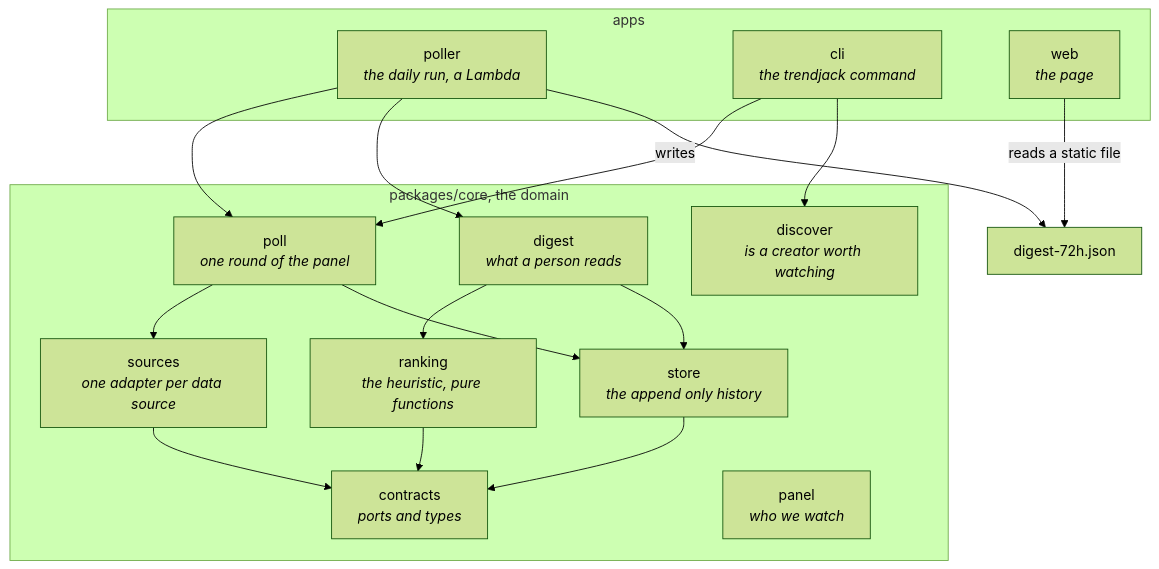
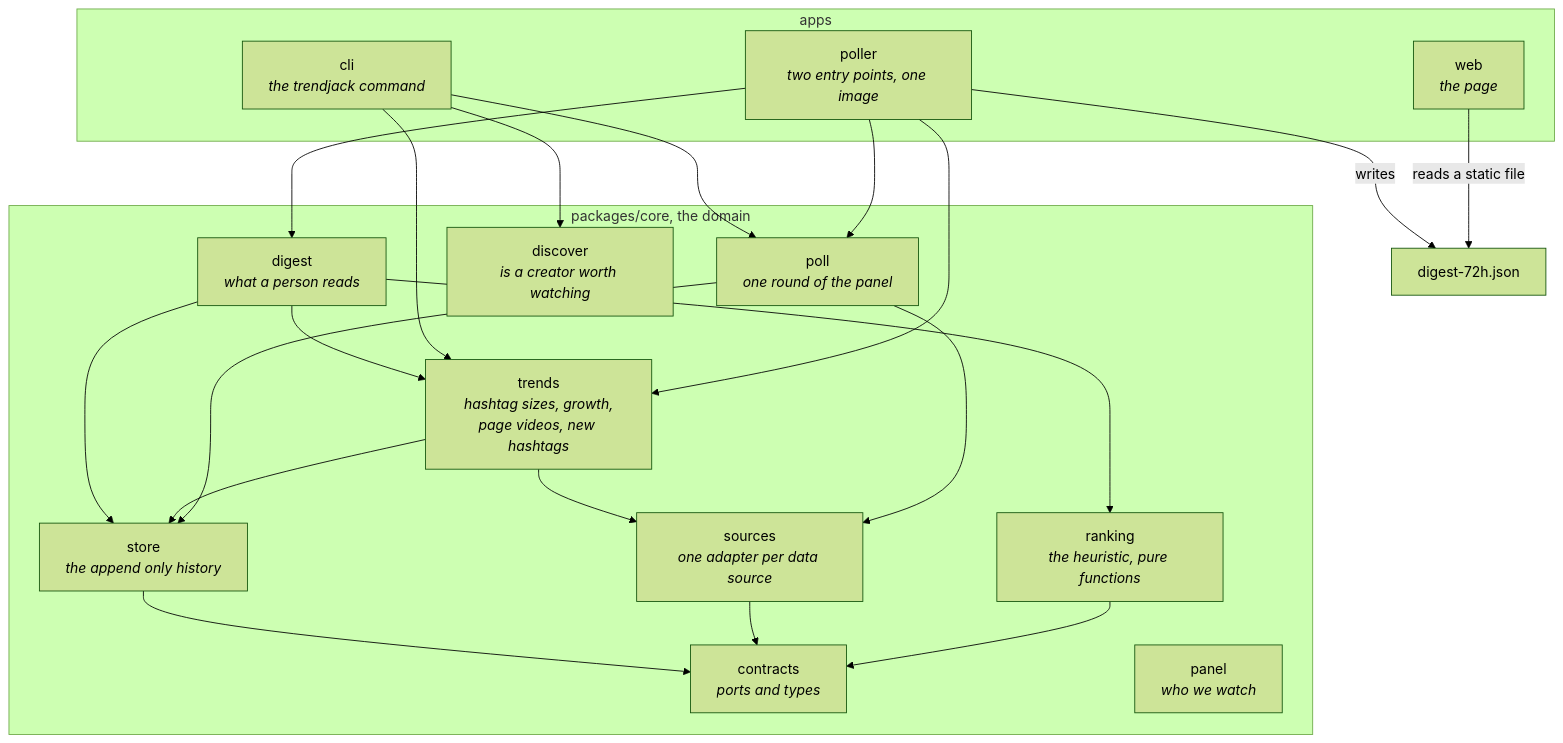
Before and after one commit to atlantic-blue/trendjack: the first of 5 diagrams in docs/architecture.md, drawn with Mermaid (forest theme). The commit also changed other lines of this file, not shown here.

Commit message:
docs: put the second function and the trends package in the architecture

````diff
--- a/docs/architecture.md
+++ b/docs/architecture.md
@@ -19,33 +19,39 @@
 ```mermaid
 flowchart TD
     subgraph core["packages/core, the domain"]
         CT["contracts<br/><i>ports and types</i>"]
         RK["ranking<br/><i>the heuristic, pure functions</i>"]
         ST["store<br/><i>the append only history</i>"]
         SR["sources<br/><i>one adapter per data source</i>"]
         PN["panel<br/><i>who we watch</i>"]
         PL["poll<br/><i>one round of the panel</i>"]
+        TR["trends<br/><i>hashtag sizes, growth,<br/>page videos, new hashtags</i>"]
         DG["digest<br/><i>what a person reads</i>"]
         DS["discover<br/><i>is a creator worth watching</i>"]
     end
 
     subgraph apps["apps"]
-        PO["poller<br/><i>the daily run, a Lambda</i>"]
+        PO["poller<br/><i>two entry points, one image</i>"]
         CL["cli<br/><i>the trendjack command</i>"]
         WB["web<br/><i>the page</i>"]
     end
 
     PO --> PL
+    PO --> TR
     PO --> DG
     CL --> PL
+    CL --> TR
     CL --> DS
     PL --> SR
     PL --> ST
+    TR --> SR
+    TR --> ST
     DG --> RK
+    DG --> TR
     DG --> ST
     RK --> CT
     SR --> CT
     ST --> CT
     WB -->|"reads a static file"| JSON["digest-72h.json"]
     PO -->|"writes"| JSON
 ```
````
